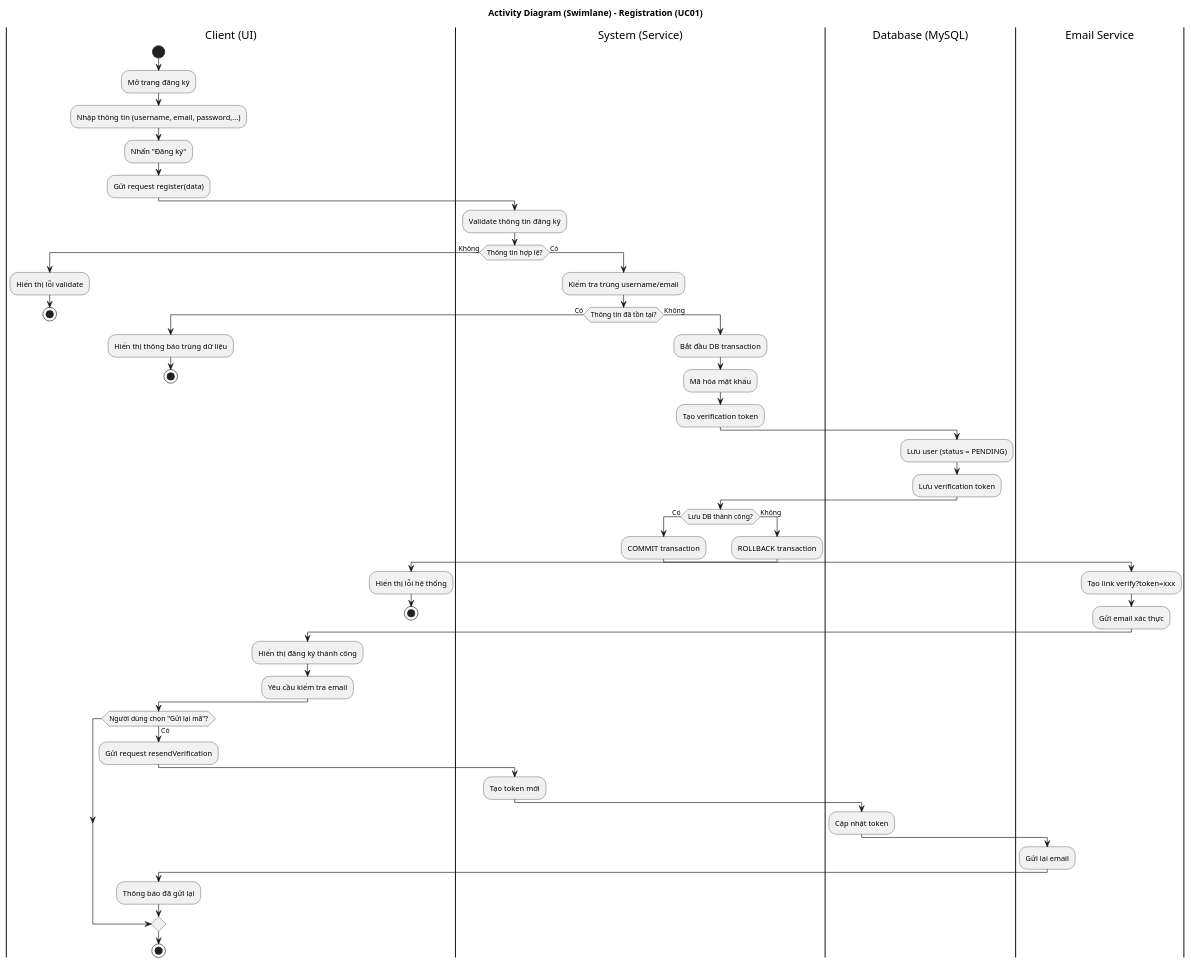
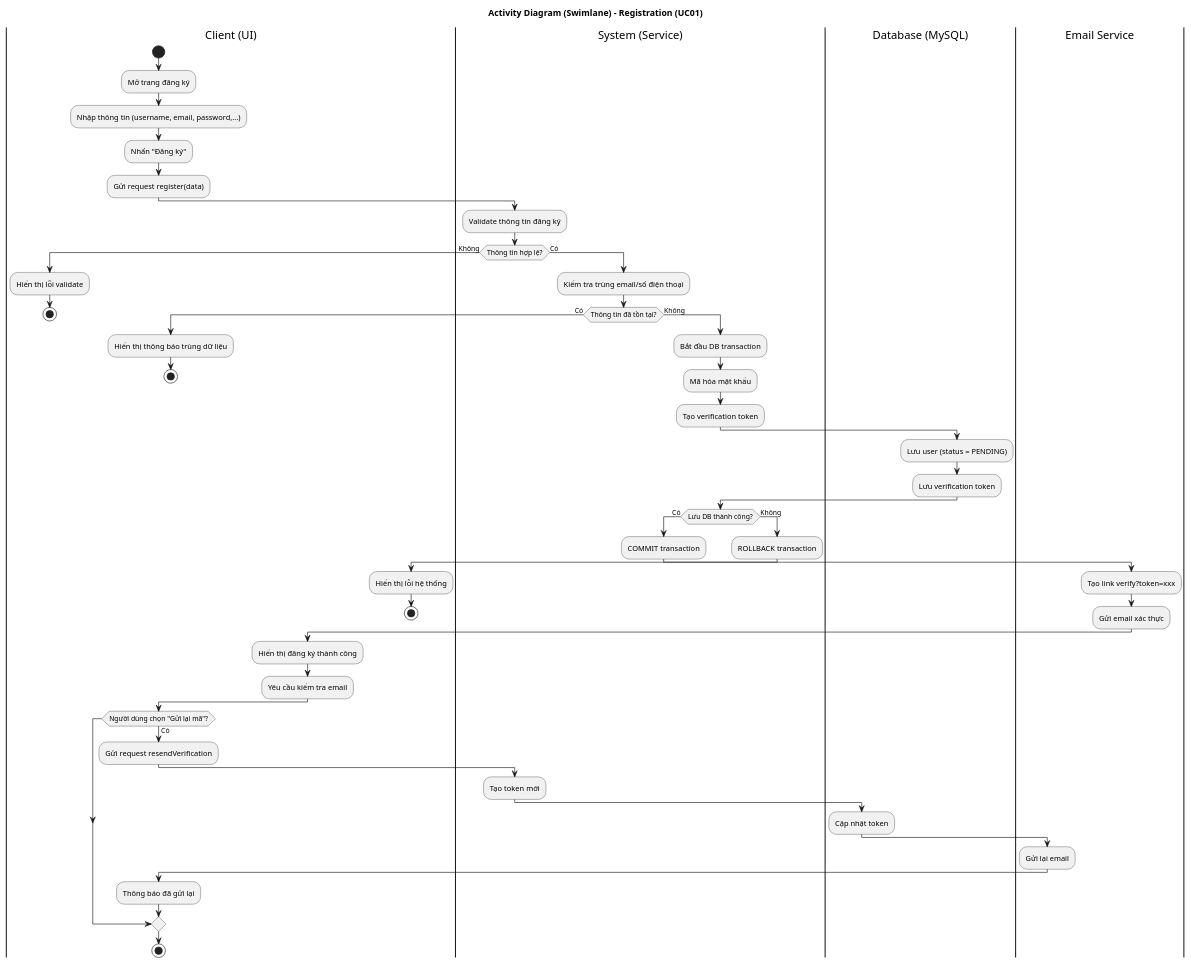
The diagram in src/main/java/org/example/fashionstoresystem/uml/Activity/AD01_Registration.puml (Peterdir/fashion-store-system), drawn with PlantUML before and after one commit. The commit also changed 28 other files, not shown here.

```diff
--- a/src/main/java/org/example/fashionstoresystem/uml/Activity/AD01_Registration.puml
+++ b/src/main/java/org/example/fashionstoresystem/uml/Activity/AD01_Registration.puml
@@ -1,69 +1,69 @@
 @startuml
 title Activity Diagram (Swimlane) - Registration (UC01)
 
 |Client (UI)|
 start
 :Mở trang đăng ký;
 :Nhập thông tin (username, email, password,...);
 :Nhấn "Đăng ký";
 :Gửi request register(data);
 
 |System (Service)|
 :Validate thông tin đăng ký;
 
 if (Thông tin hợp lệ?) then (Không)
     |Client (UI)|
     :Hiển thị lỗi validate;
     stop
 else (Có)
     |System (Service)|
-    :Kiểm tra trùng username/email;
+    :Kiểm tra trùng email/số điện thoại;
 
     if (Thông tin đã tồn tại?) then (Có)
         |Client (UI)|
         :Hiển thị thông báo trùng dữ liệu;
         stop
     else (Không)
         |System (Service)|
         :Bắt đầu DB transaction;
         :Mã hóa mật khẩu;
         :Tạo verification token;
 
         |Database (MySQL)|
         :Lưu user (status = PENDING);
         :Lưu verification token;
 
         |System (Service)|
         if (Lưu DB thành công?) then (Có)
             :COMMIT transaction;
             |Email Service|
             :Tạo link verify?token=xxx;
             :Gửi email xác thực;
             |Client (UI)|
             :Hiển thị đăng ký thành công;
             :Yêu cầu kiểm tra email;
         else (Không)
             |System (Service)|
             :ROLLBACK transaction;
             |Client (UI)|
             :Hiển thị lỗi hệ thống;
             stop
         endif
     endif
 endif
 
 |Client (UI)|
 if (Người dùng chọn "Gửi lại mã"?) then (Có)
     :Gửi request resendVerification;
     |System (Service)|
     :Tạo token mới;
     |Database (MySQL)|
     :Cập nhật token;
     |Email Service|
     :Gửi lại email;
     |Client (UI)|
     :Thông báo đã gửi lại;
 endif
 
 stop
 @enduml
```
